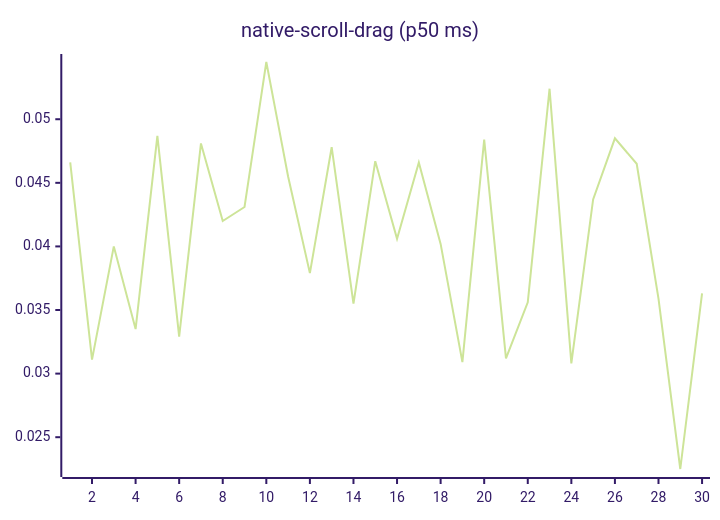
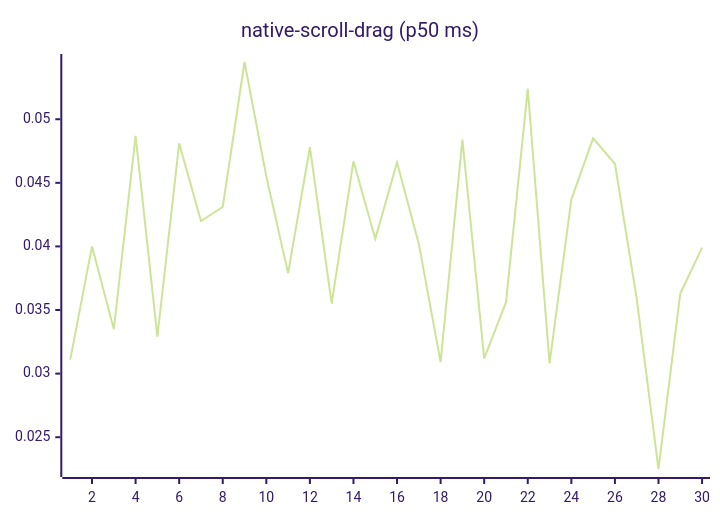
One commit to josha/Facet changed diagram 14 of 27 in README.md. Above: the diagram before and after it, drawn with Mermaid (forest theme). The commit also changed other lines of this file and 2 other files, not shown here.

````diff
--- a/README.md
+++ b/README.md
@@ -154,6 +154,6 @@
 ```mermaid
 xychart-beta
     title "native-scroll-drag (p50 ms)"
     x-axis 1 --> 30
-    line [0.0466, 0.0311, 0.0400, 0.0335, 0.0487, 0.0329, 0.0481, 0.0420, 0.0431, 0.0545, 0.0455, 0.0379, 0.0478, 0.0355, 0.0467, 0.0406, 0.0466, 0.0402, 0.0309, 0.0484, 0.0312, 0.0356, 0.0524, 0.0308, 0.0437, 0.0485, 0.0465, 0.0359, 0.0225, 0.0363]
+    line [0.0311, 0.0400, 0.0335, 0.0487, 0.0329, 0.0481, 0.0420, 0.0431, 0.0545, 0.0455, 0.0379, 0.0478, 0.0355, 0.0467, 0.0406, 0.0466, 0.0402, 0.0309, 0.0484, 0.0312, 0.0356, 0.0524, 0.0308, 0.0437, 0.0485, 0.0465, 0.0359, 0.0225, 0.0363, 0.0399]
 ```
````
